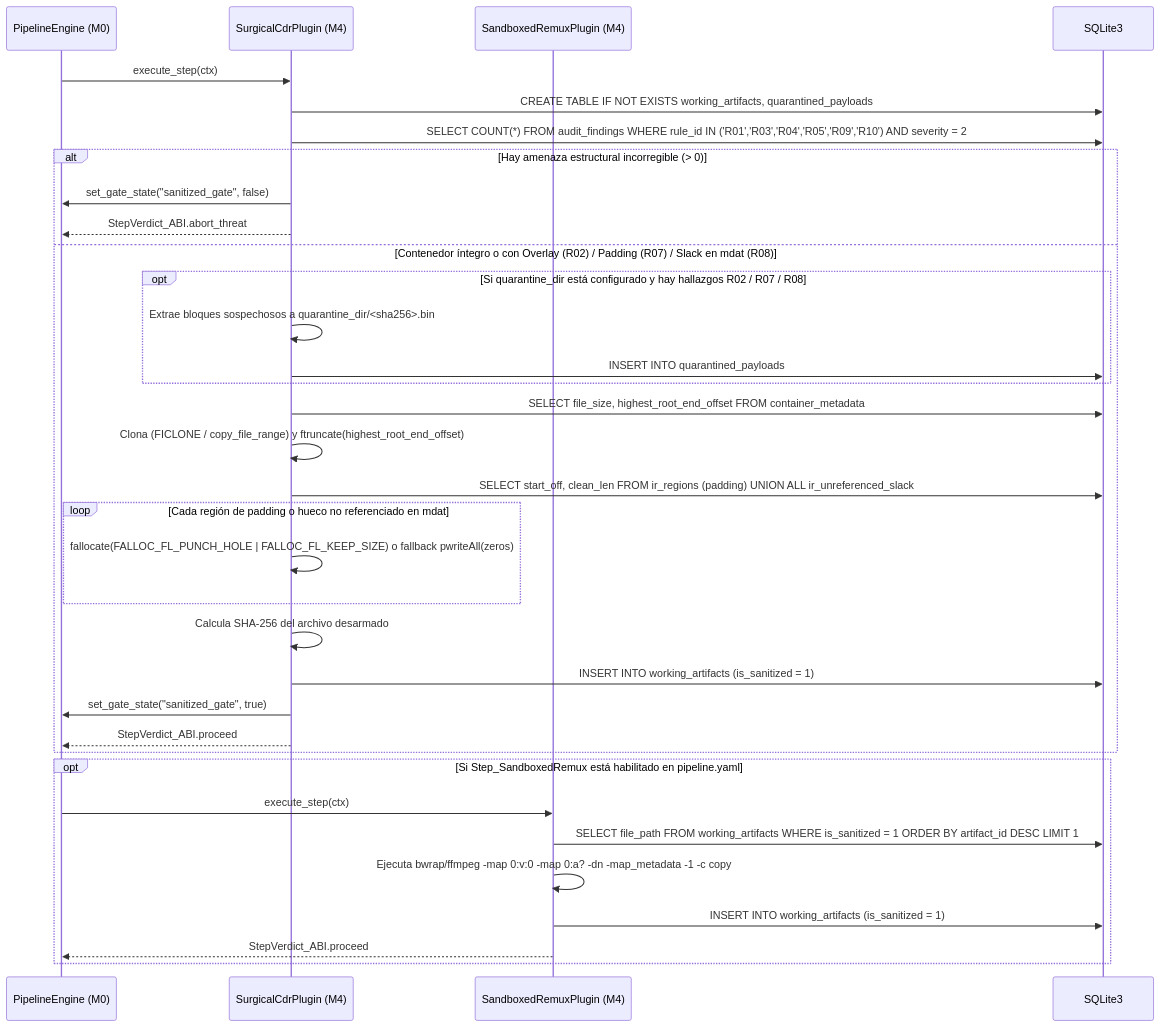
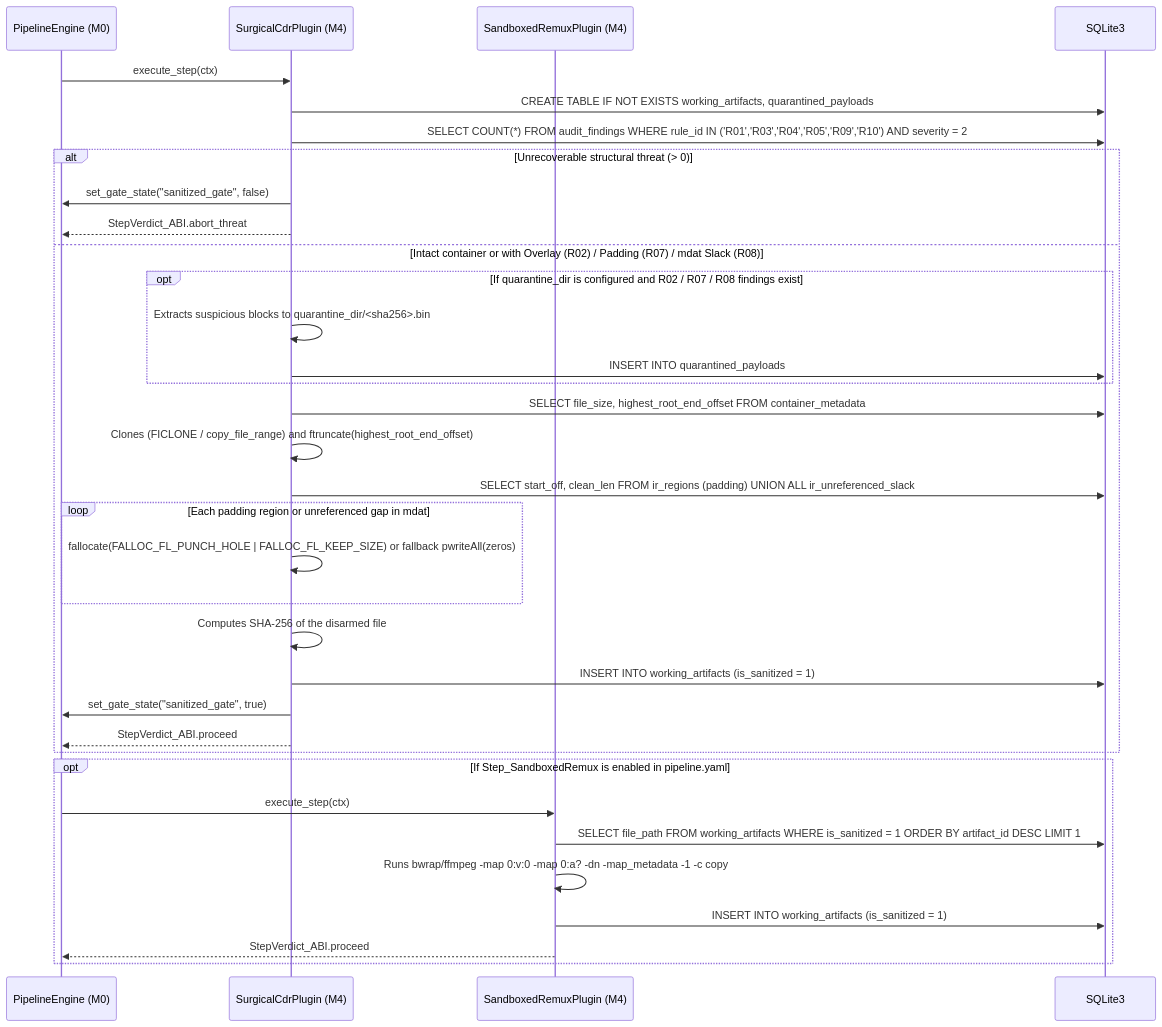
Before and after one commit to g-gar/vidsec: the second of 2 diagrams in docs/v1/specs/M4_cdr_sanitizer_gate.md, drawn with Mermaid. The commit also changed other lines of this file and 8 other files, not shown here.

Commit message:
docs(v1): translate v1 architecture and milestone specs to English and remove local paths

````diff
--- a/docs/v1/specs/M4_cdr_sanitizer_gate.md
+++ b/docs/v1/specs/M4_cdr_sanitizer_gate.md
@@ -181,38 +181,38 @@
 ```mermaid
 sequenceDiagram
     participant Engine as PipelineEngine (M0)
     participant CDR as SurgicalCdrPlugin (M4)
     participant Remux as SandboxedRemuxPlugin (M4)
     participant DB as SQLite3
 
     Engine->>CDR: execute_step(ctx)
     CDR->>DB: CREATE TABLE IF NOT EXISTS working_artifacts, quarantined_payloads
     CDR->>DB: SELECT COUNT(*) FROM audit_findings WHERE rule_id IN ('R01','R03','R04','R05','R09','R10') AND severity = 2
-    alt Hay amenaza estructural incorregible (> 0)
+    alt Unrecoverable structural threat (> 0)
         CDR->>Engine: set_gate_state("sanitized_gate", false)
         CDR-->>Engine: StepVerdict_ABI.abort_threat
-    else Contenedor íntegro o con Overlay (R02) / Padding (R07) / Slack en mdat (R08)
-        opt Si quarantine_dir está configurado y hay hallazgos R02 / R07 / R08
-            CDR->>CDR: Extrae bloques sospechosos a quarantine_dir/<sha256>.bin
+    else Intact container or with Overlay (R02) / Padding (R07) / mdat Slack (R08)
+        opt If quarantine_dir is configured and R02 / R07 / R08 findings exist
+            CDR->>CDR: Extracts suspicious blocks to quarantine_dir/<sha256>.bin
             CDR->>DB: INSERT INTO quarantined_payloads
         end
         CDR->>DB: SELECT file_size, highest_root_end_offset FROM container_metadata
-        CDR->>CDR: Clona (FICLONE / copy_file_range) y ftruncate(highest_root_end_offset)
+        CDR->>CDR: Clones (FICLONE / copy_file_range) and ftruncate(highest_root_end_offset)
         CDR->>DB: SELECT start_off, clean_len FROM ir_regions (padding) UNION ALL ir_unreferenced_slack
-        loop Cada región de padding o hueco no referenciado en mdat
-            CDR->>CDR: fallocate(FALLOC_FL_PUNCH_HOLE | FALLOC_FL_KEEP_SIZE) o fallback pwriteAll(zeros)
+        loop Each padding region or unreferenced gap in mdat
+            CDR->>CDR: fallocate(FALLOC_FL_PUNCH_HOLE | FALLOC_FL_KEEP_SIZE) or fallback pwriteAll(zeros)
         end
-        CDR->>CDR: Calcula SHA-256 del archivo desarmado
+        CDR->>CDR: Computes SHA-256 of the disarmed file
         CDR->>DB: INSERT INTO working_artifacts (is_sanitized = 1)
         CDR->>Engine: set_gate_state("sanitized_gate", true)
         CDR-->>Engine: StepVerdict_ABI.proceed
     end
 
-    opt Si Step_SandboxedRemux está habilitado en pipeline.yaml
+    opt If Step_SandboxedRemux is enabled in pipeline.yaml
         Engine->>Remux: execute_step(ctx)
         Remux->>DB: SELECT file_path FROM working_artifacts WHERE is_sanitized = 1 ORDER BY artifact_id DESC LIMIT 1
-        Remux->>Remux: Ejecuta bwrap/ffmpeg -map 0:v:0 -map 0:a? -dn -map_metadata -1 -c copy
+        Remux->>Remux: Runs bwrap/ffmpeg -map 0:v:0 -map 0:a? -dn -map_metadata -1 -c copy
         Remux->>DB: INSERT INTO working_artifacts (is_sanitized = 1)
         Remux-->>Engine: StepVerdict_ABI.proceed
     end
 ```
````
